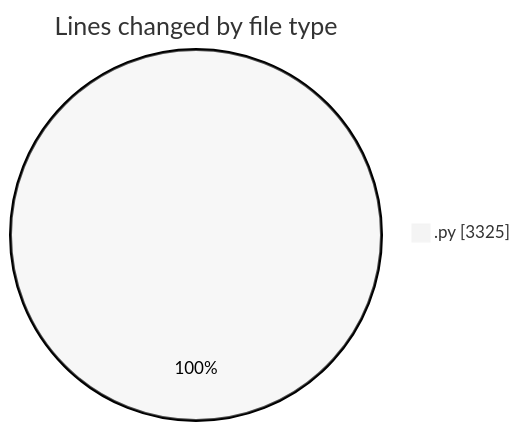
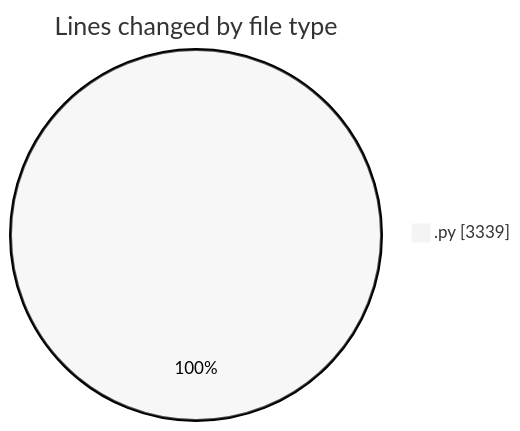
Before and after one commit to MatusMokan/code-tracking: the first of 2 diagrams in 2025-05-08/myws__workspace_/README.md, drawn with Mermaid (neutral theme). The commit also changed other lines of this file and 1 other file, not shown here.

````diff
--- a/2025-05-08/myws__workspace_/README.md
+++ b/2025-05-08/myws__workspace_/README.md
@@ -23,5 +23,5 @@
 ```mermaid
 pie showData
 title Lines changed by file type
-".py" : 3325
+".py" : 3339
 ```
````
